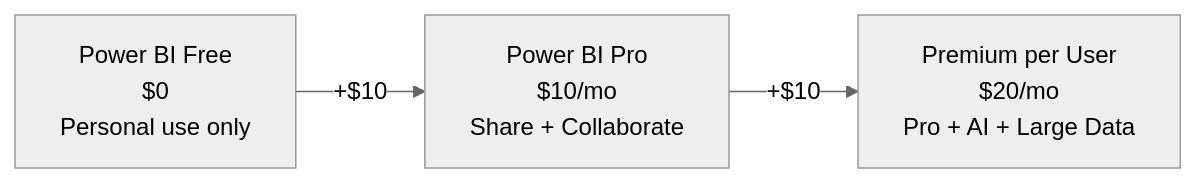
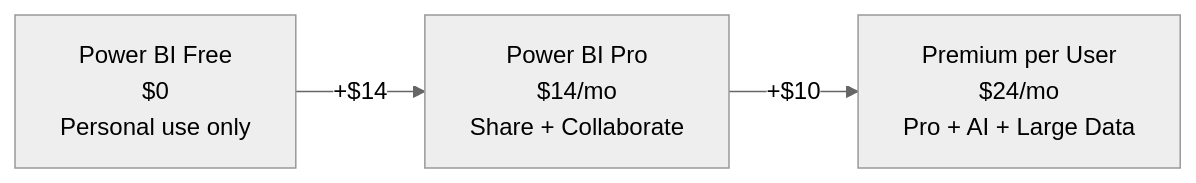
Before and after one commit to susanthgit/aguidetocloud-revamp: the diagram in content/licensing/power-bi-pro.md, drawn with Mermaid (neutral theme). The commit also changed other lines of this file and 21 other files, not shown here.

First line of the commit message:
fix(licensing): correct prices, eligibility and schema across licensing section

````diff
--- a/content/licensing/power-bi-pro.md
+++ b/content/licensing/power-bi-pro.md
@@ -38,8 +38,8 @@
 ```mermaid
 flowchart LR
     FREE["Power BI Free<br/>$0<br/>Personal use only"]
-    PRO["Power BI Pro<br/>$10/mo<br/>Share + Collaborate"]
-    PPU["Premium per User<br/>$20/mo<br/>Pro + AI + Large Data"]
-    FREE -->|"+$10"| PRO
+    PRO["Power BI Pro<br/>$14/mo<br/>Share + Collaborate"]
+    PPU["Premium per User<br/>$24/mo<br/>Pro + AI + Large Data"]
+    FREE -->|"+$14"| PRO
     PRO -->|"+$10"| PPU
 ```
````
